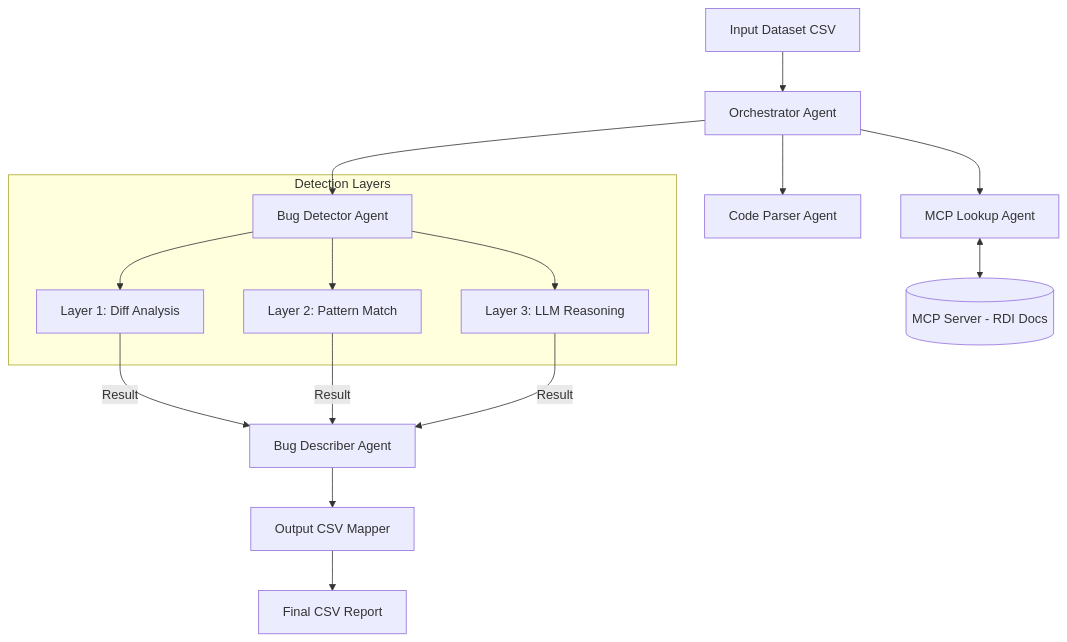
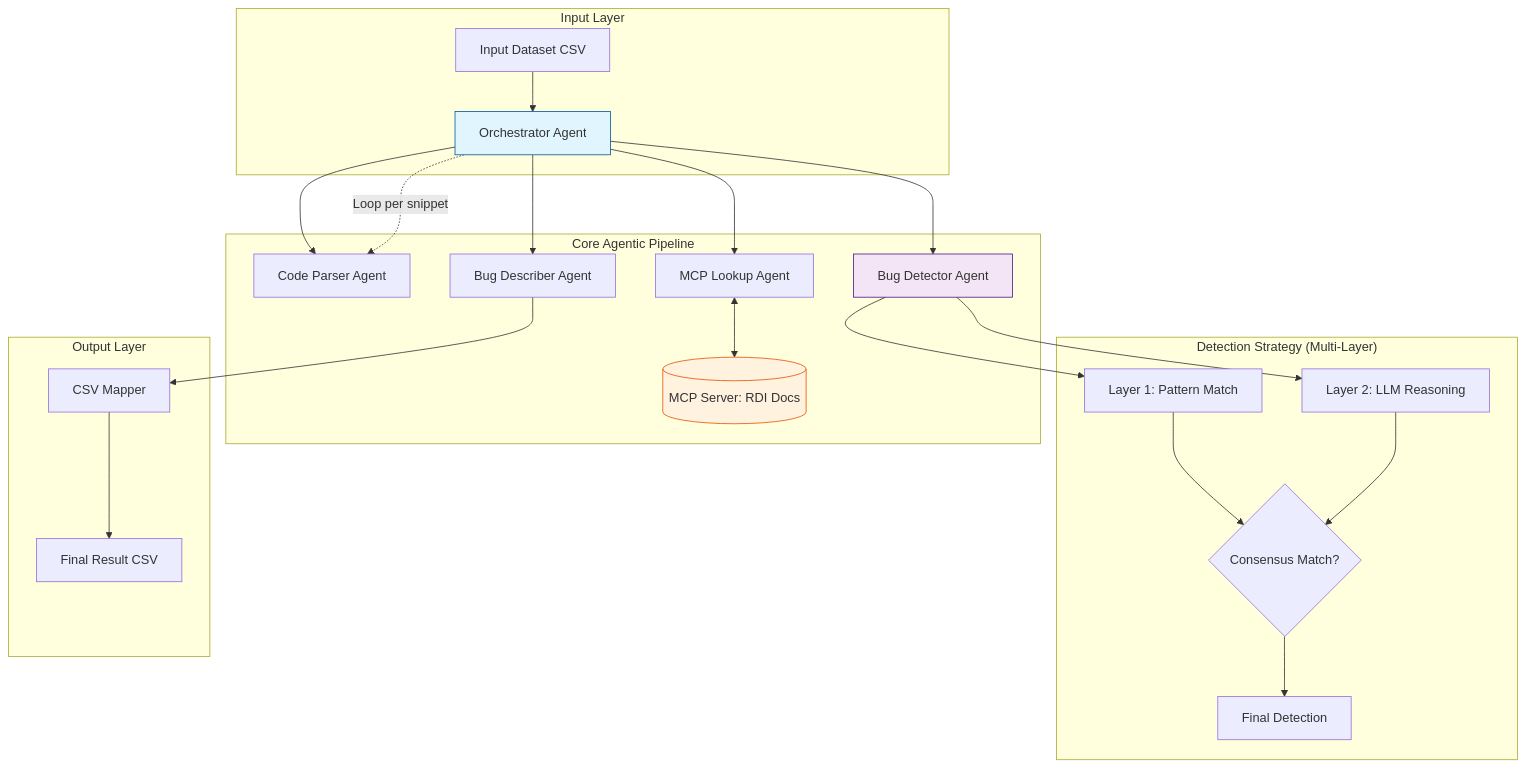
One commit to vasu-devs/A18-INFINION- changed the diagram in README.md. Above: the diagram before and after it, drawn with Mermaid. The commit also changed other lines of this file and 4 other files, not shown here.

Commit message:
docs: Update README with detailed architecture and agent workflows

````diff
--- a/README.md
+++ b/README.md
@@ -30,21 +25,32 @@
 ```mermaid
 graph TD
-    A[Input Dataset CSV] --> B[Orchestrator Agent]
-    B --> C[Code Parser Agent]
-    B --> D[MCP Lookup Agent]
-    D <--> E[(MCP Server - RDI Docs)]
-    B --> F[Bug Detector Agent]
-    
-    subgraph "Detection Layers"
-        F --> F1[Layer 1: Diff Analysis]
-        F --> F2[Layer 2: Pattern Match]
-        F --> F3[Layer 3: LLM Reasoning]
+    subgraph "Input Layer"
+        CSV[Input Dataset CSV] --> ORCH[Orchestrator Agent]
     end
-    
-    F1 -- Result --> G[Bug Describer Agent]
-    F2 -- Result --> G
-    F3 -- Result --> G
-    
-    G --> H[Output CSV Mapper]
-    H --> I[Final CSV Report]
+
+    subgraph "Core Agentic Pipeline"
+        ORCH --> PARSER[Code Parser Agent]
+        ORCH --> MCP[MCP Lookup Agent]
+        ORCH --> DETECTOR[Bug Detector Agent]
+        ORCH --> DESCRIBER[Bug Describer Agent]
+
+        MCP <--> SERVER[(MCP Server: RDI Docs)]
+        ORCH -.-> |Loop per snippet| PARSER
+    end
+
+    subgraph "Detection Strategy (Multi-Layer)"
+        DETECTOR --> L1[Layer 1: Pattern Match]
+        DETECTOR --> L2[Layer 2: LLM Reasoning]
+        L1 & L2 --> CONSENSUS{Consensus Match?}
+        CONSENSUS --> RESULT[Final Detection]
+    end
+
+    subgraph "Output Layer"
+        DESCRIBER --> MAPPER[CSV Mapper]
+        MAPPER --> REPORT[Final Result CSV]
+    end
+
+    style ORCH fill:#e1f5fe,stroke:#01579b
+    style SERVER fill:#fff3e0,stroke:#e65100
+    style DETECTOR fill:#f3e5f5,stroke:#4a148c
 ```
````
